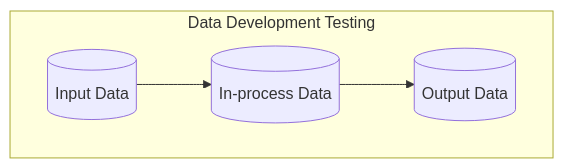
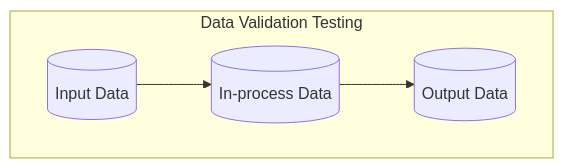
The diagram in _posts/2023-10-04-Data-Quality-Checks.md (CU-DBMI/set-website), drawn with Mermaid before and after one commit. The commit also changed other lines of this file, not shown here.

Commit message:
data fitness content work

````diff
--- a/_posts/2023-10-04-Data-Quality-Checks.md
+++ b/_posts/2023-10-04-Data-Quality-Checks.md
@@ -44,11 +44,11 @@
 ```mermaid!
 flowchart LR
-    subgraph local ["Data Development Testing"]
+    subgraph local ["Data Validation Testing"]
         direction LR
         input_data[(Input Data)]
         process_data[(In-process Data)]
         output_data[(Output Data)]
     end
 
     input_data --> process_data --> output_data
 ```
````
